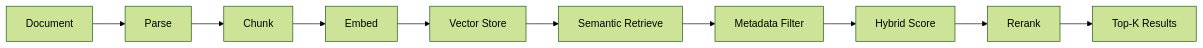
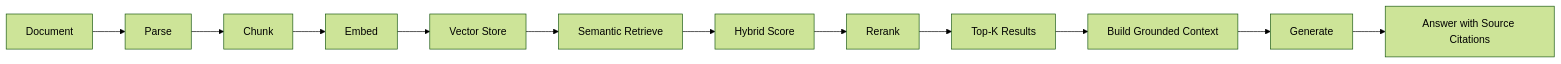
One commit to lzhang95118/rag-knowledge-system changed the diagram in README.md. Above: the diagram before and after it, drawn with Mermaid (forest theme). The commit also changed other lines of this file and 4 other files, not shown here.

First line of the commit message:
feat: add source-grounded generation (#5)

````diff
--- a/README.md
+++ b/README.md
@@ -58,12 +40,14 @@
 ```mermaid
 flowchart LR
     A[Document] --> B[Parse]
     B --> C[Chunk]
     C --> D[Embed]
     D --> E[Vector Store]
     E --> F[Semantic Retrieve]
-    F --> G[Metadata Filter]
-    G --> H[Hybrid Score]
-    H --> I[Rerank]
-    I --> J[Top-K Results]
+    F --> G[Hybrid Score]
+    G --> H[Rerank]
+    H --> I[Top-K Results]
+    I --> J[Build Grounded Context]
+    J --> K[Generate]
+    K --> L[Answer with Source Citations]
 ```
````
